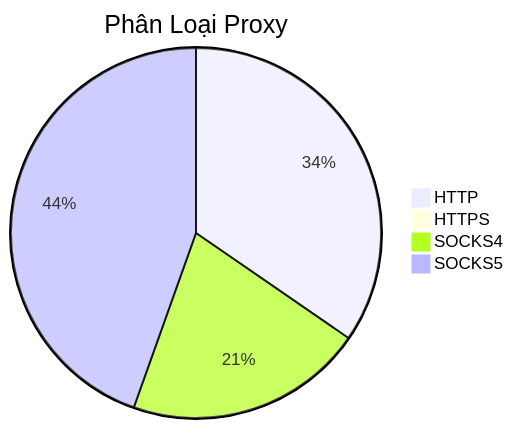
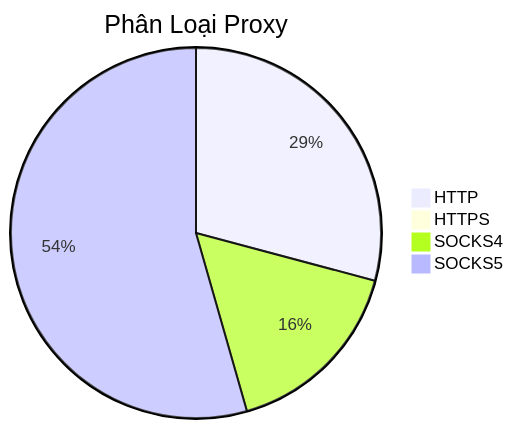
The diagram in README.md (Ciara-Aa/PROXY-free), drawn with Mermaid before and after one commit. The commit also changed other lines of this file and 4 other files, not shown here.

````diff
--- a/README.md
+++ b/README.md
@@ -26,7 +26,7 @@
 ```mermaid
 pie title Phân Loại Proxy
-    "HTTP" : 473
-    "HTTPS" : 7
-    "SOCKS4" : 285
-    "SOCKS5" : 609
+    "HTTP" : 444
+    "HTTPS" : 3
+    "SOCKS4" : 250
+    "SOCKS5" : 829
 ```
````
